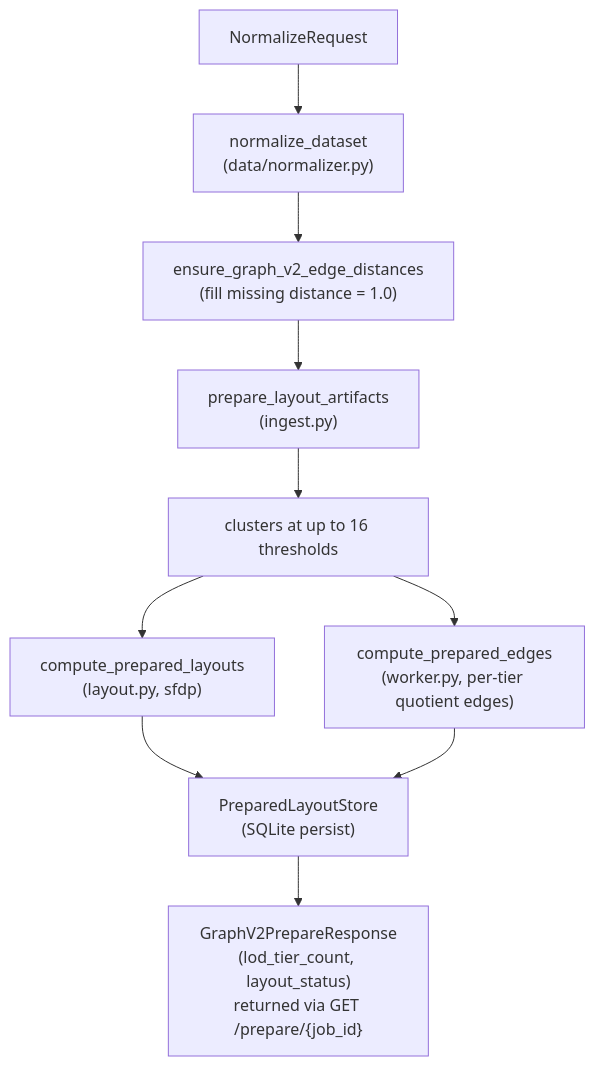
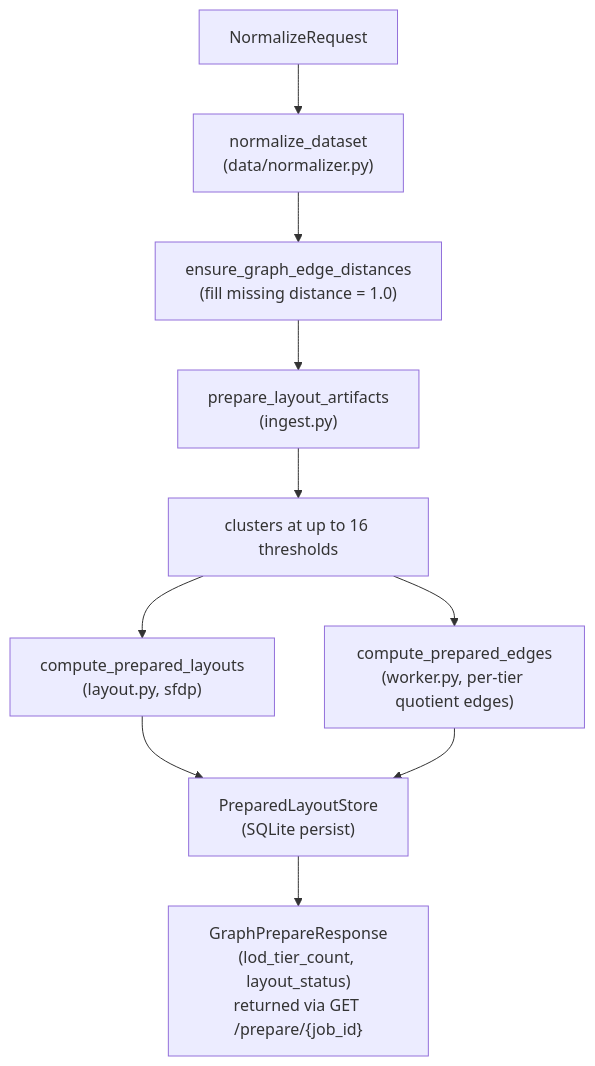
Before and after one commit to phyloviz/phylo-lens: the first of 2 diagrams in docs/SERVER_PIPELINE.md, drawn with Mermaid. The commit also changed other lines of this file and 33 other files, not shown here.

````diff
--- a/docs/SERVER_PIPELINE.md
+++ b/docs/SERVER_PIPELINE.md
@@ -18,12 +18,12 @@
 ```mermaid
 flowchart TD
   REQ["NormalizeRequest"] --> NORM["normalize_dataset<br/>(data/normalizer.py)"]
-  NORM --> DIST["ensure_graph_v2_edge_distances<br/>(fill missing distance = 1.0)"]
+  NORM --> DIST["ensure_graph_edge_distances<br/>(fill missing distance = 1.0)"]
   DIST --> ING["prepare_layout_artifacts<br/>(ingest.py)"]
   ING --> CL["clusters at up to 16 thresholds"]
   CL --> LAY["compute_prepared_layouts<br/>(layout.py, sfdp)"]
   CL --> PE["compute_prepared_edges<br/>(worker.py, per-tier quotient edges)"]
   LAY --> PERSIST["PreparedLayoutStore<br/>(SQLite persist)"]
   PE --> PERSIST
-  PERSIST --> RESP["GraphV2PrepareResponse<br/>(lod_tier_count, layout_status)<br/>returned via GET /prepare/{job_id}"]
+  PERSIST --> RESP["GraphPrepareResponse<br/>(lod_tier_count, layout_status)<br/>returned via GET /prepare/{job_id}"]
 ```
````
